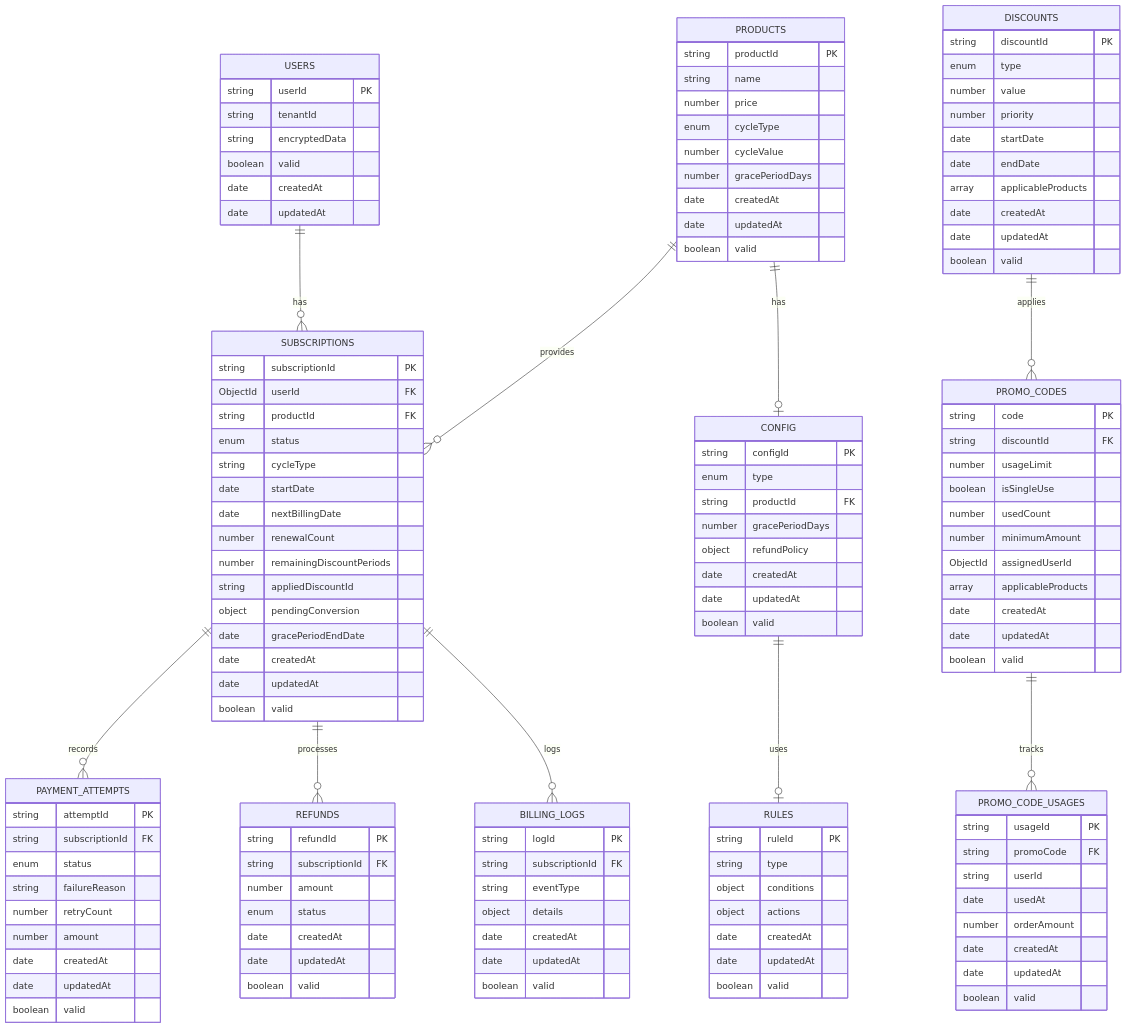
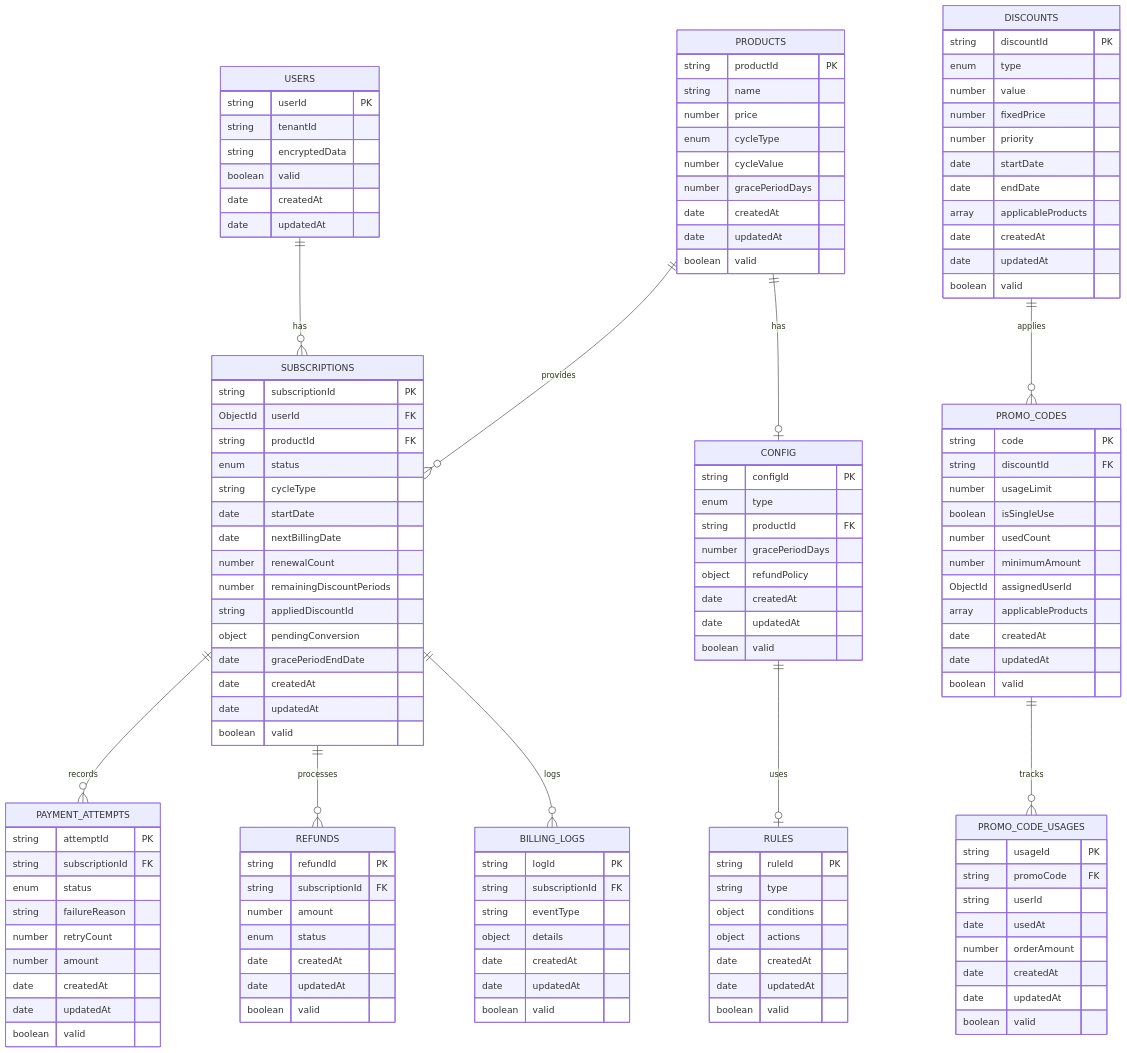
The second of 11 diagrams in docs/docs_0_7/billingBot_v0.7.1_system_design.markdown (xxxhand/auto-billing-bot), drawn with Mermaid before and after one commit. The commit also changed other lines of this file and 7 other files, not shown here.

```diff
--- a/docs/docs_0_7/billingBot_v0.7.1_system_design.markdown
+++ b/docs/docs_0_7/billingBot_v0.7.1_system_design.markdown
@@ -267,6 +268,7 @@
         string discountId PK
         enum type
         number value
+        number fixedPrice
         number priority
         date startDate
         date endDate
```
